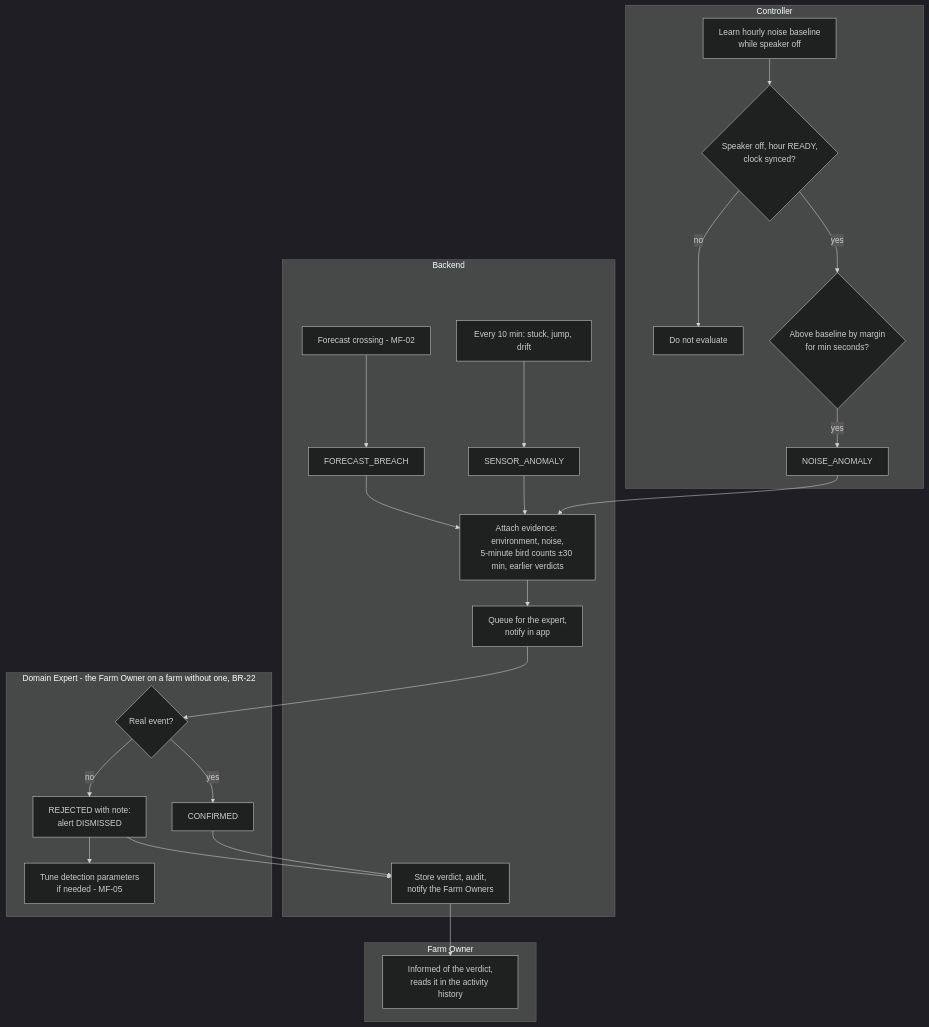
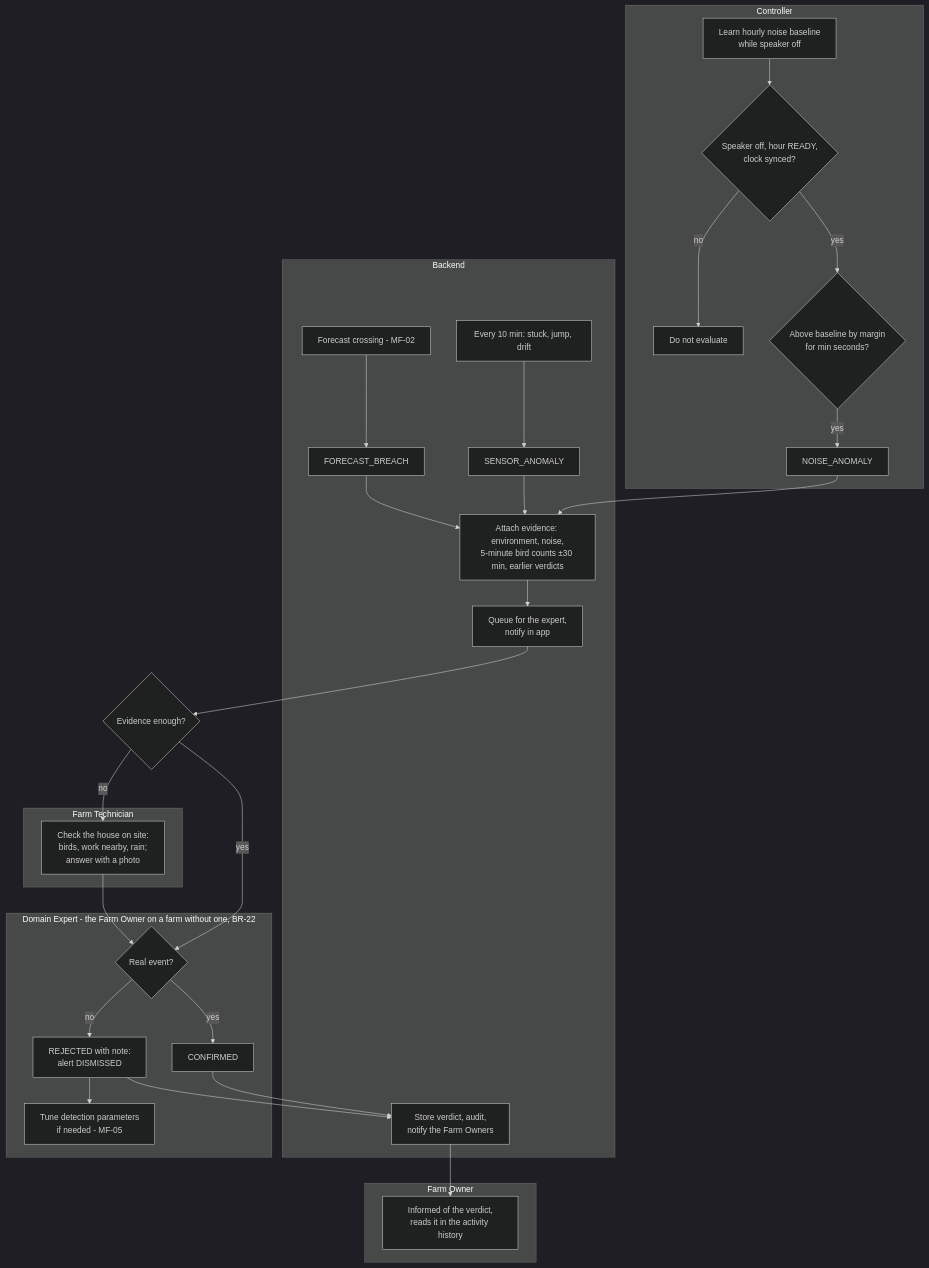
One commit to NBao261/SwiftletCare_KLTN changed diagram 31 of 40 in docs/reports/report4-sdd.md. Above: the diagram before and after it, drawn with Mermaid (dark theme). The commit also changed other lines of this file and 15 other files, not shown here.

First line of the commit message:
docs(srs): eight main flows, each in the title and acted on by its actors

````diff
--- a/docs/reports/report4-sdd.md
+++ b/docs/reports/report4-sdd.md
@@ -1477,28 +1478,33 @@
 ```mermaid
 flowchart TB
   subgraph C[Controller]
     A1[Learn hourly noise baseline<br/>while speaker off] --> A2{Speaker off, hour READY,<br/>clock synced?}
     A2 -- no --> A3[Do not evaluate]
     A2 -- yes --> A4{Above baseline by margin<br/>for min seconds?}
     A4 -- yes --> A5[NOISE_ANOMALY]
   end
   subgraph B[Backend]
     B0[Every 10 min: stuck, jump, drift] --> B01[SENSOR_ANOMALY]
     B02[Forecast crossing - MF-02] --> B03[FORECAST_BREACH]
     B1[Attach evidence: environment, noise,<br/>5-minute bird counts ±30 min, earlier verdicts] --> B2[Queue for the expert,<br/>notify in app]
     B3[Store verdict, audit,<br/>notify the Farm Owners]
   end
   subgraph E[Domain Expert - the Farm Owner on a farm without one, BR-22]
     E1{Real event?} -- yes --> E2[CONFIRMED]
     E1 -- no --> E3[REJECTED with note:<br/>alert DISMISSED]
     E3 --> E4[Tune detection parameters<br/>if needed - MF-05]
   end
+  subgraph T[Farm Technician]
+    T1[Check the house on site:<br/>birds, work nearby, rain;<br/>answer with a photo]
+  end
   subgraph O[Farm Owner]
     O1[Informed of the verdict,<br/>reads it in the activity history]
   end
   A5 --> B1
   B01 --> B1
   B03 --> B1
-  B2 --> E1
+  B2 --> E0{Evidence enough?}
+  E0 -- yes --> E1
+  E0 -- no --> T1 --> E1
   E2 & E3 --> B3 --> O1
 ```
````
